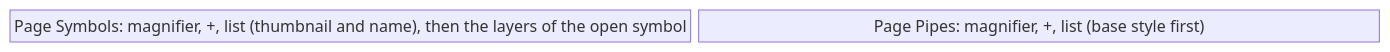
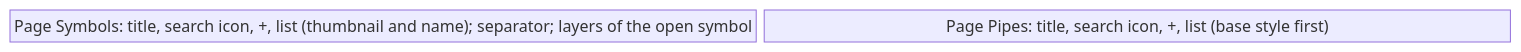
Before and after one commit to AlexandreGallais/synoptic-studio-spec: the fourth of 5 diagrams in symbols/01-libraries-and-symbols.md, drawn with Mermaid. The commit also changed other lines of this file and 4 other files, not shown here.

First line of the commit message:
docs(symbols): search icons on list titles and an icon modes menu

````diff
--- a/symbols/01-libraries-and-symbols.md
+++ b/symbols/01-libraries-and-symbols.md
@@ -94,6 +96,6 @@
 ```mermaid
 block-beta
     columns 2
-    sym["Page Symbols: magnifier, +, list (thumbnail and name), then the layers of the open symbol"]
-    pip["Page Pipes: magnifier, +, list (base style first)"]
+    sym["Page Symbols: title, search icon, +, list (thumbnail and name); separator; layers of the open symbol"]
+    pip["Page Pipes: title, search icon, +, list (base style first)"]
 ```
````
